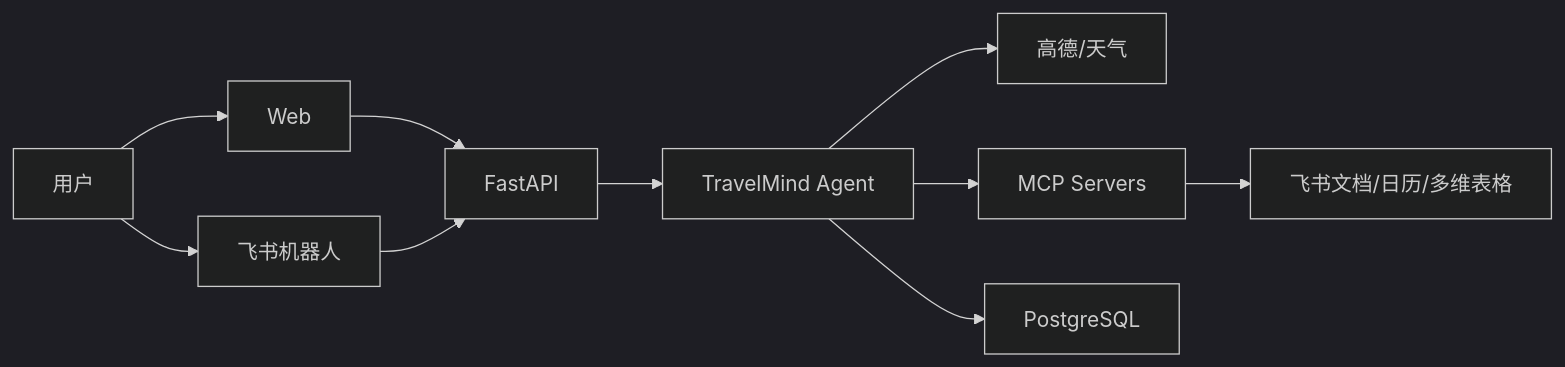
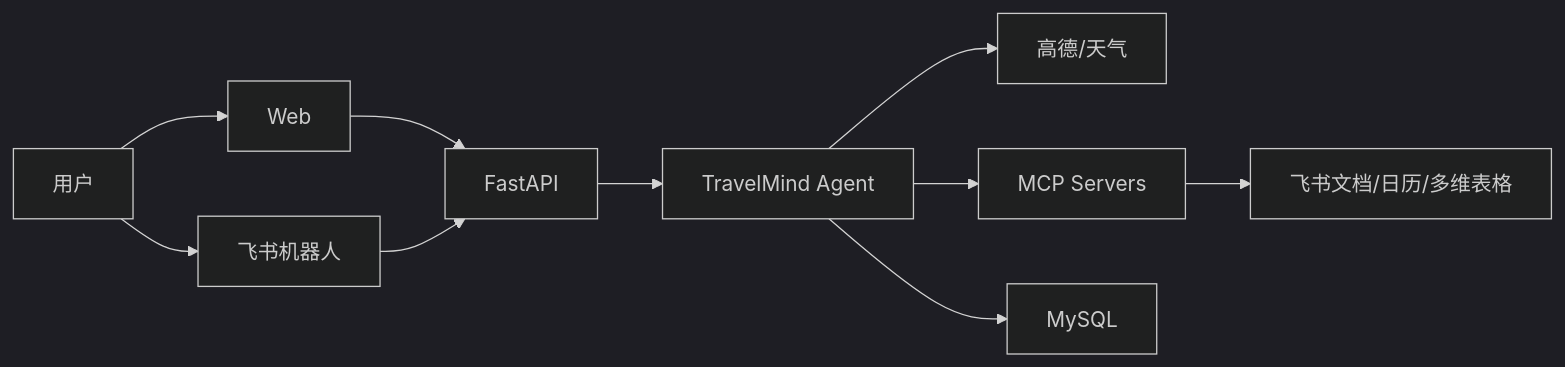
One commit to 1793172882/TravelMind changed the first of 2 diagrams in TravelMind/docs/02-architecture-design.md. Above: the diagram before and after it, drawn with Mermaid (dark theme). The commit also changed other lines of this file and 59 other files, not shown here.

````diff
--- a/TravelMind/docs/02-architecture-design.md
+++ b/TravelMind/docs/02-architecture-design.md
@@ -13,12 +13,12 @@
 ```mermaid
 flowchart LR
     User["用户"] --> Web["Web"]
     User --> Feishu["飞书机器人"]
     Web --> API["FastAPI"]
     Feishu --> API
     API --> Agent["TravelMind Agent"]
     Agent --> AMap["高德/天气"]
     Agent --> MCP["MCP Servers"]
-    Agent --> DB["PostgreSQL"]
+    Agent --> DB["MySQL"]
     MCP --> FeishuAPI["飞书文档/日历/多维表格"]
 ```
````
